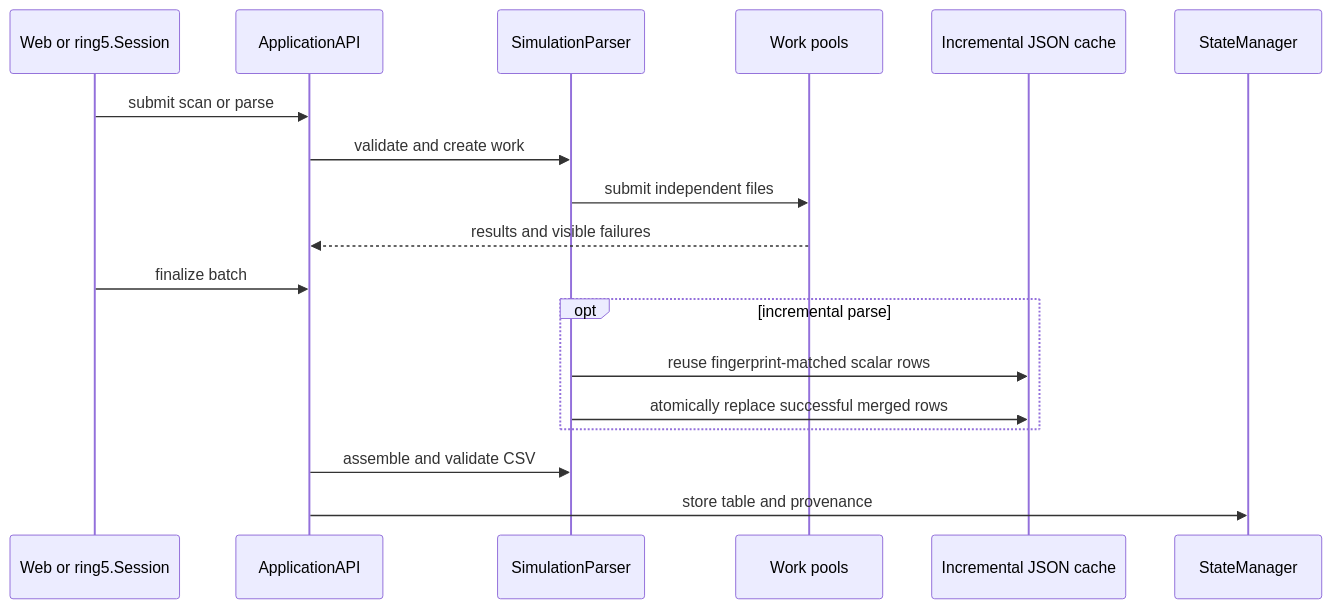
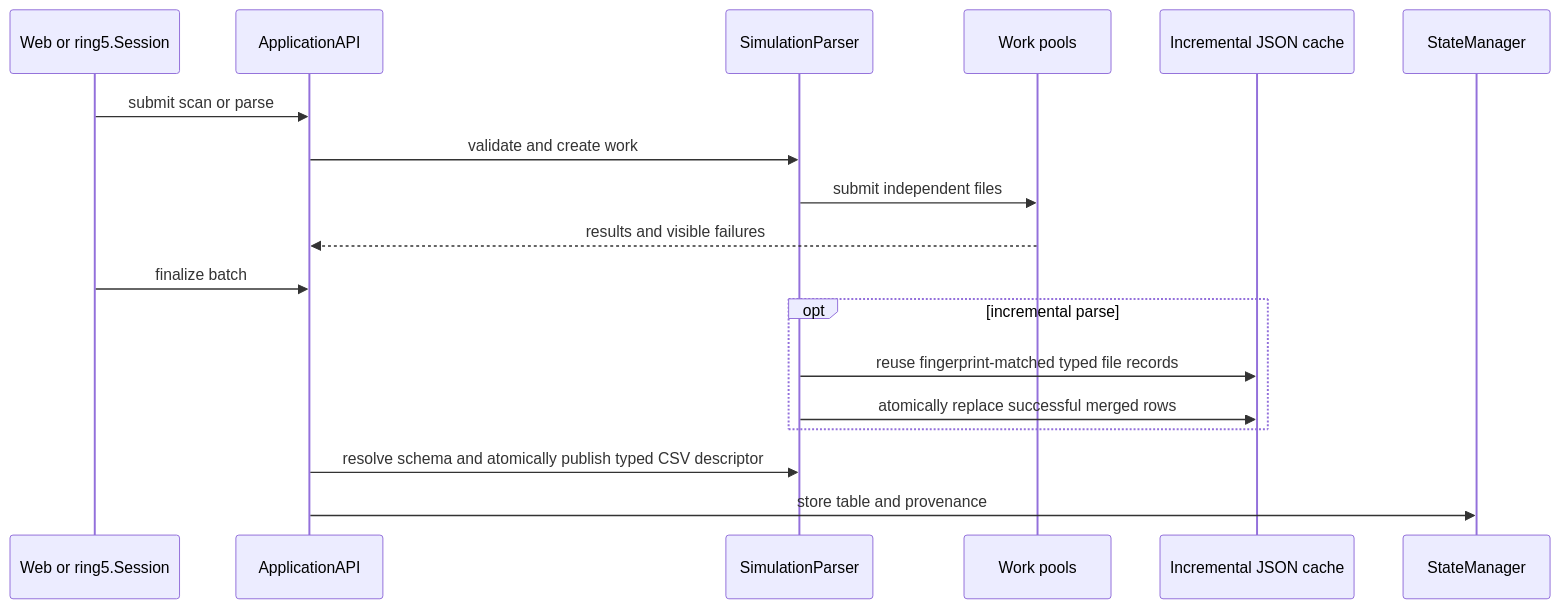
Before and after one commit to nikiitin/RING-5: the first of 2 diagrams in docs/developer-guide/architecture/data-flow.md, drawn with Mermaid. The commit also changed other lines of this file and 64 other files, not shown here.

Commit message:
Canonicalize typed parser consumers and loaded source provenance

````diff
--- a/docs/developer-guide/architecture/data-flow.md
+++ b/docs/developer-guide/architecture/data-flow.md
@@ -27,20 +27,20 @@
 ```mermaid
 sequenceDiagram
     participant UI as Web or ring5.Session
     participant API as ApplicationAPI
     participant Parser as SimulationParser
     participant Pool as Work pools
     participant Cache as Incremental JSON cache
     participant State as StateManager
     UI->>API: submit scan or parse
     API->>Parser: validate and create work
     Parser->>Pool: submit independent files
     Pool-->>API: results and visible failures
     UI->>API: finalize batch
     opt incremental parse
-        Parser->>Cache: reuse fingerprint-matched scalar rows
+        Parser->>Cache: reuse fingerprint-matched typed file records
         Parser->>Cache: atomically replace successful merged rows
     end
-    API->>Parser: assemble and validate CSV
+    API->>Parser: resolve schema and atomically publish typed CSV descriptor
     API->>State: store table and provenance
 ```
````
